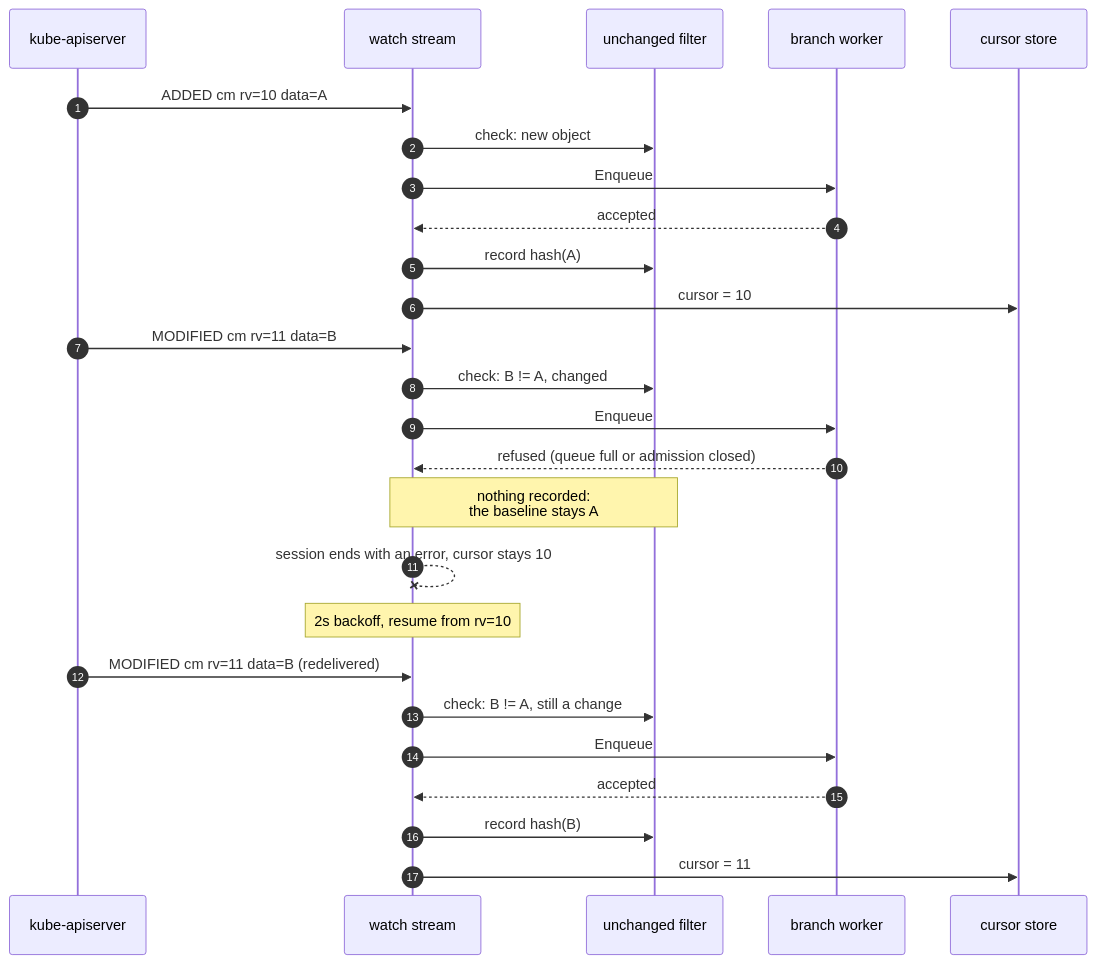
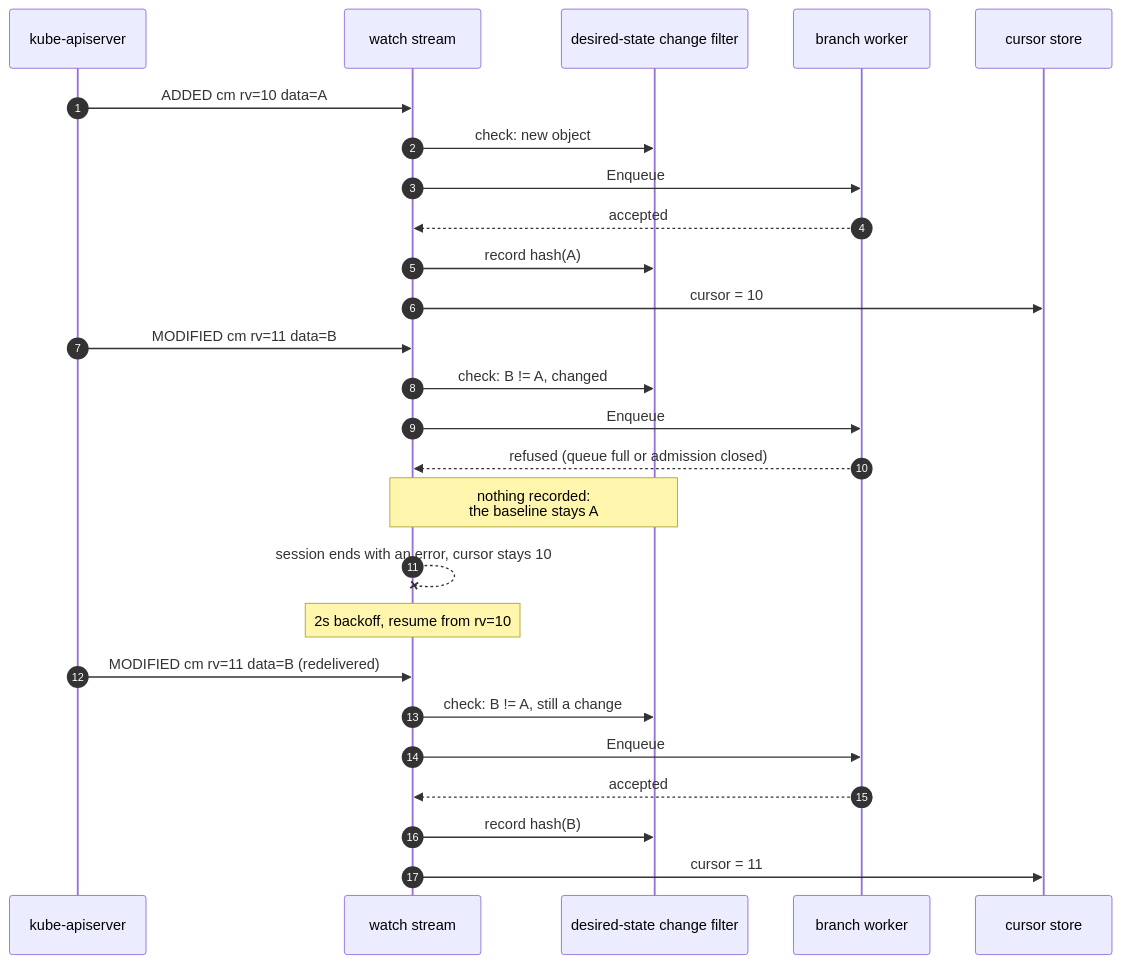
One commit to ConfigButler/gitops-reverser changed the third of 12 diagrams in docs/design/event-pipeline-overview.md. Above: the diagram before and after it, drawn with Mermaid. The commit also changed other lines of this file and 16 other files, not shown here.

First line of the commit message:
fix(watch): give each stream its own desired-state change filter

````diff
--- a/docs/design/event-pipeline-overview.md
+++ b/docs/design/event-pipeline-overview.md
@@ -124,31 +124,31 @@
 ```mermaid
 sequenceDiagram
     autonumber
     participant API as kube-apiserver
     participant S as watch stream
-    participant D as unchanged filter
+    participant D as desired-state change filter
     participant W as branch worker
     participant C as cursor store
 
     API->>S: ADDED cm rv=10 data=A
     S->>D: check: new object
     S->>W: Enqueue
     W-->>S: accepted
     S->>D: record hash(A)
     S->>C: cursor = 10
 
     API->>S: MODIFIED cm rv=11 data=B
     S->>D: check: B != A, changed
     S->>W: Enqueue
     W-->>S: refused (queue full or admission closed)
     Note over S,D: nothing recorded:<br/>the baseline stays A
     S--xS: session ends with an error, cursor stays 10
 
     Note over S: 2s backoff, resume from rv=10
     API->>S: MODIFIED cm rv=11 data=B (redelivered)
     S->>D: check: B != A, still a change
     S->>W: Enqueue
     W-->>S: accepted
     S->>D: record hash(B)
     S->>C: cursor = 11
 ```
````
